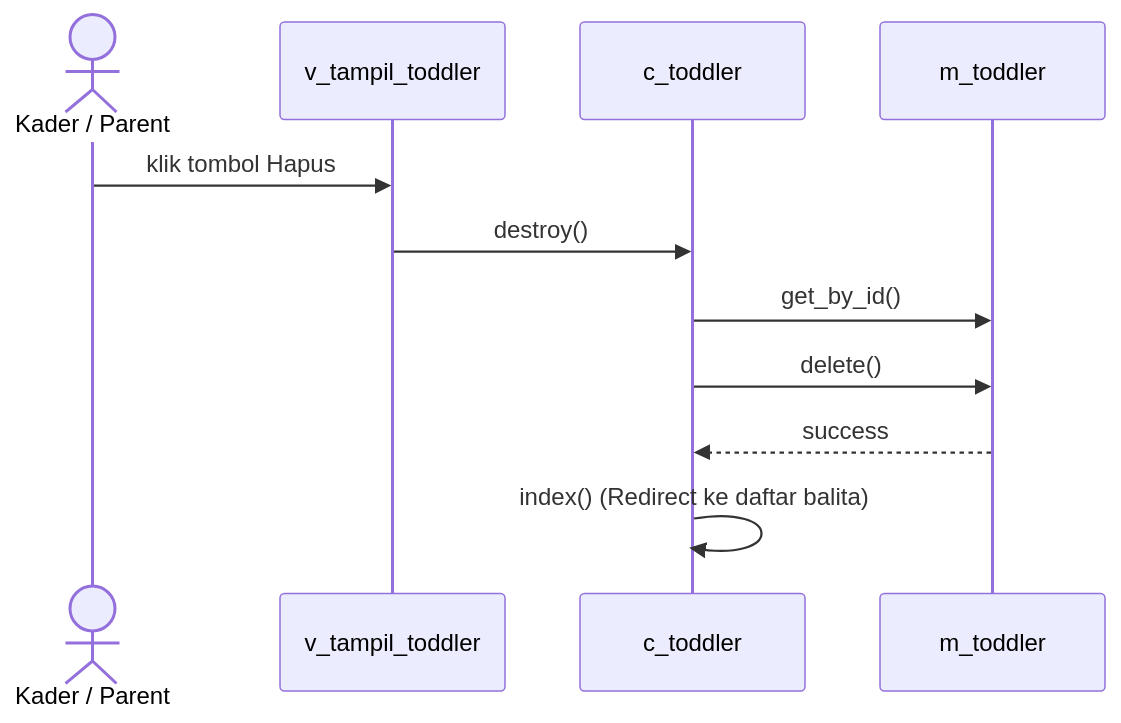
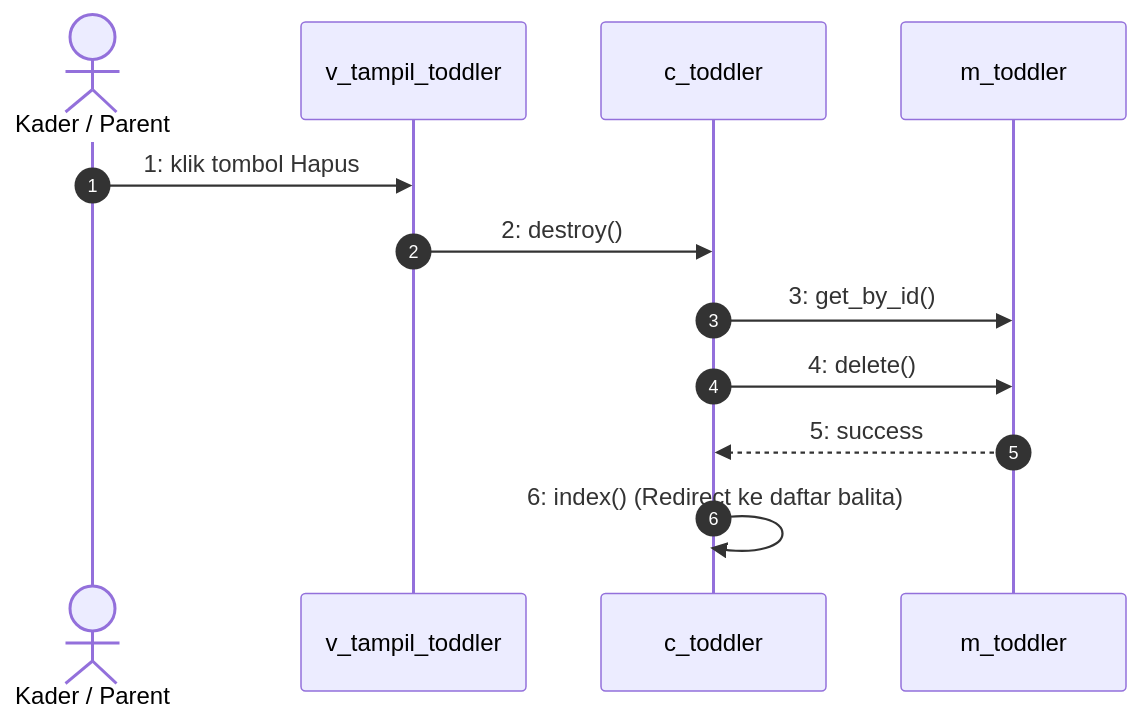
One commit to ahmadsanny2/posyandu-app changed the tenth of 16 diagrams in plan-diagram.md. Above: the diagram before and after it, drawn with Mermaid. The commit also changed other lines of this file, not shown here.

Commit message:
docs: add sequence diagram autonumbering and manual labels

````diff
--- a/plan-diagram.md
+++ b/plan-diagram.md
@@ -487,14 +490,15 @@
 ```mermaid
 sequenceDiagram
+    autonumber
     actor Kader as Kader / Parent
     participant Boundary as v_tampil_toddler
     participant Control as c_toddler
     participant Entity as m_toddler
 
-    Kader->>Boundary: klik tombol Hapus
-    Boundary->>Control: destroy()
-    Control->>Entity: get_by_id()
-    Control->>Entity: delete()
-    Entity-->>Control: success
-    Control->>Control: index() (Redirect ke daftar balita)
+    Kader->>Boundary: 1: klik tombol Hapus
+    Boundary->>Control: 2: destroy()
+    Control->>Entity: 3: get_by_id()
+    Control->>Entity: 4: delete()
+    Entity-->>Control: 5: success
+    Control->>Control: 6: index() (Redirect ke daftar balita)
 ```
````
